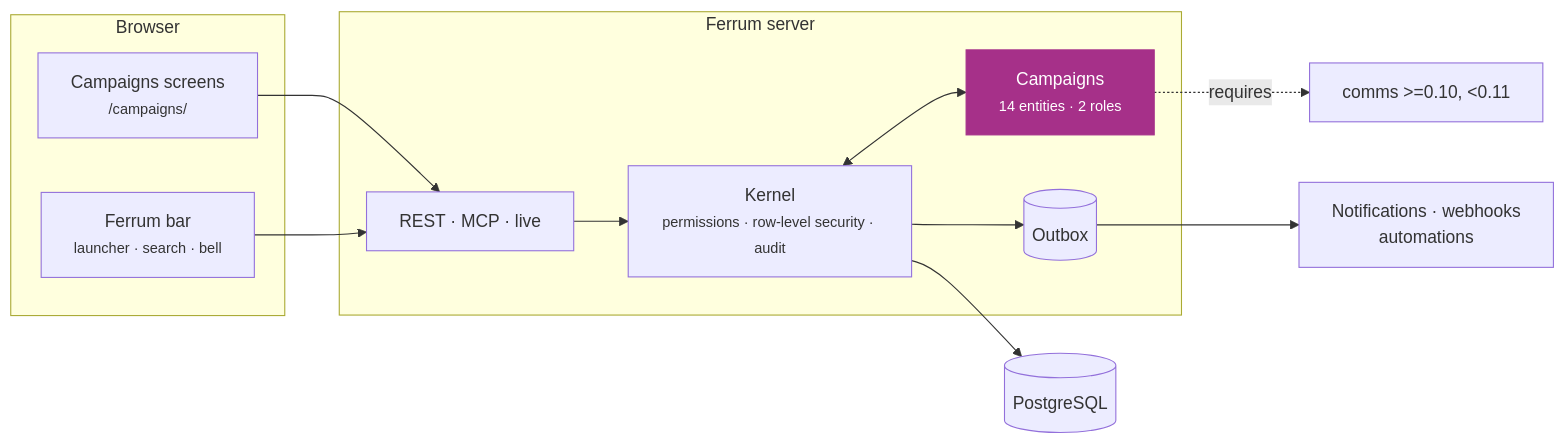
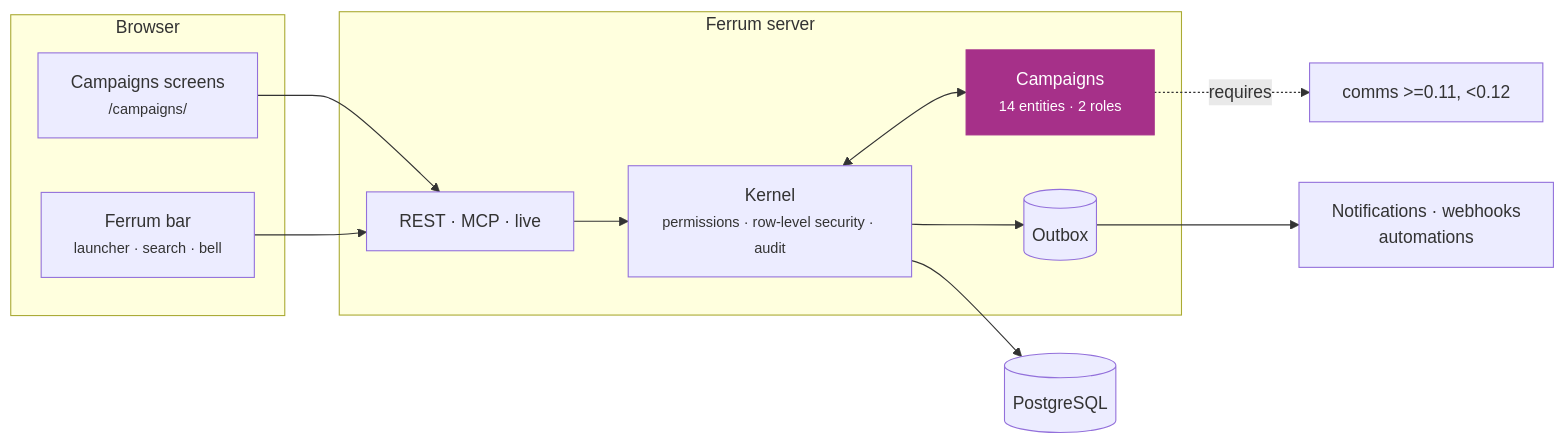
The second of 3 diagrams in README.md (CBFerrum/ferrum-app-campaigns), drawn with Mermaid before and after one commit. The commit also changed other lines of this file and 2 other files, not shown here.

First line of the commit message:
Campaigns 0.4.1: requires Mail, Chat and Calendar 0.11

````diff
--- a/README.md
+++ b/README.md
@@ -115,21 +115,21 @@
 ```mermaid
 flowchart LR
     subgraph Browser
         UI["Campaigns screens<br/><small>/campaigns/</small>"]
         BAR["Ferrum bar<br/><small>launcher · search · bell</small>"]
     end
     subgraph Server["Ferrum server"]
         API["REST · MCP · live"]
         K["Kernel<br/><small>permissions · row-level security · audit</small>"]
         APP["Campaigns<br/><small>14 entities · 2 roles</small>"]
         OB[("Outbox")]
     end
     DB[("PostgreSQL")]
     UI --> API --> K --> DB
     BAR --> API
     K <--> APP
     K --> OB --> EV["Notifications · webhooks<br/>automations"]
-    APP -. requires .-> D0["comms >=0.10, <0.11"]
+    APP -. requires .-> D0["comms >=0.11, <0.12"]
     classDef app fill:#a63089,color:#fff,stroke:#a63089
     class APP app
 ```
````
